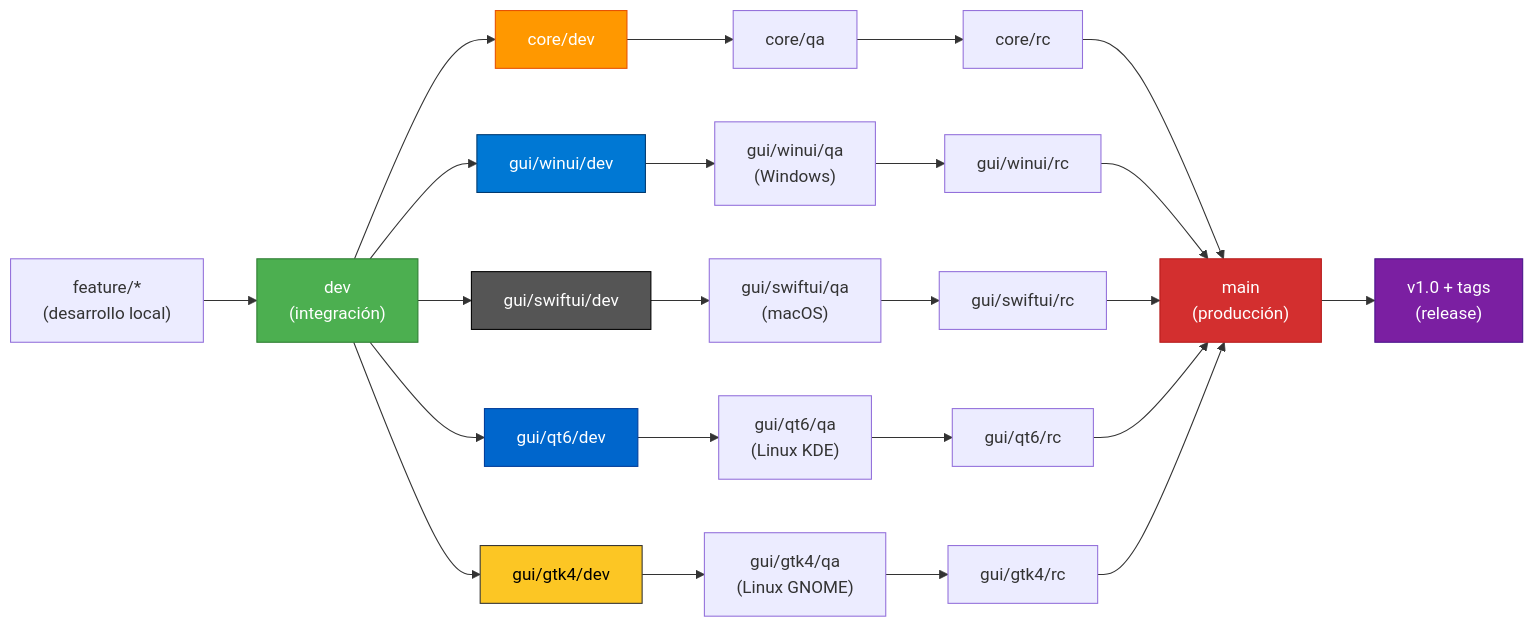
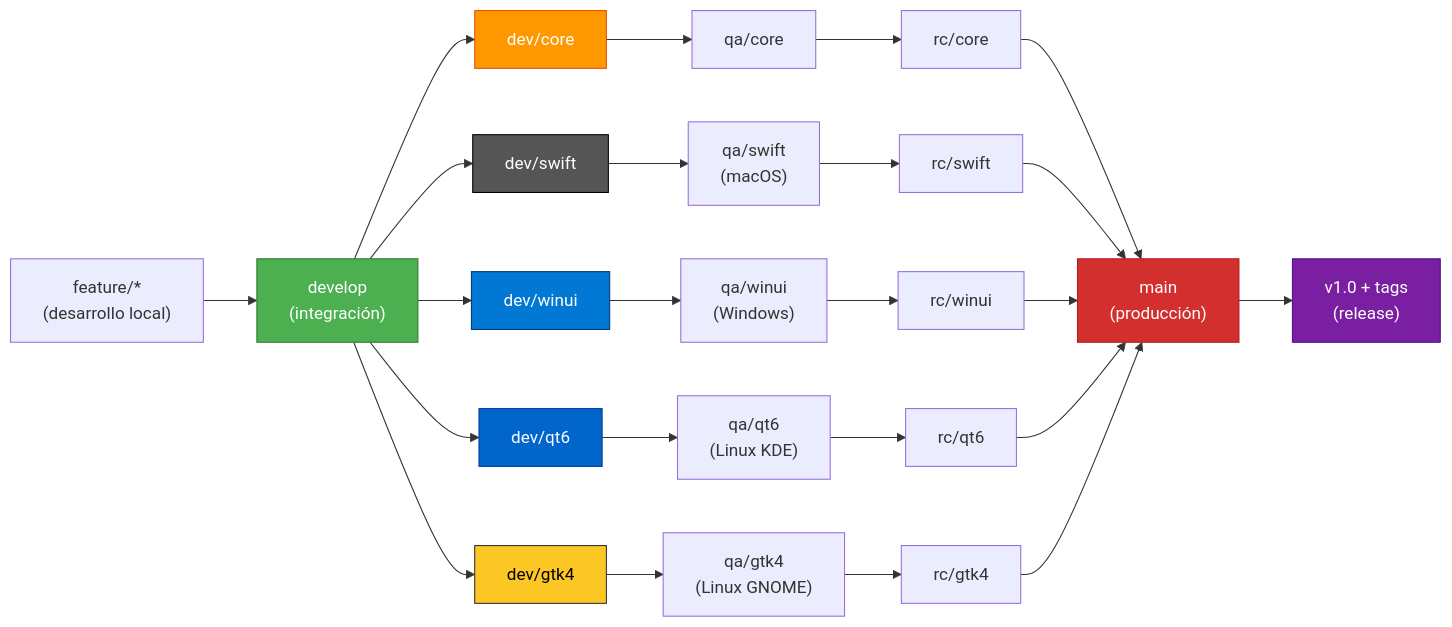
Before and after one commit to incognia/TextEditor: the first of 2 diagrams in docs/BRANCHING.md, drawn with Mermaid. The commit also changed other lines of this file, not shown here.

Commit message:
docs: update BRANCHING.md with develop/testing/release structure and fix markdown lint

````diff
--- a/docs/BRANCHING.md
+++ b/docs/BRANCHING.md
@@ -15,39 +22,39 @@
 ```mermaid
 graph LR
-    Feature["feature/*<br/>(desarrollo local)"] --> Dev["dev<br/>(integración)"]
+    Feature["feature/*<br/>(desarrollo local)"] --> Develop["develop<br/>(integración)"]
     
-    Dev --> CoreDev["core/dev"]
-    Dev --> WinDev["gui/winui/dev"]
-    Dev --> MacDev["gui/swiftui/dev"]
-    Dev --> QtDev["gui/qt6/dev"]
-    Dev --> GtkDev["gui/gtk4/dev"]
+    Develop --> DevCore["dev/core"]
+    Develop --> DevSwift["dev/swift"]
+    Develop --> DevWin["dev/winui"]
+    Develop --> DevQt["dev/qt6"]
+    Develop --> DevGtk["dev/gtk4"]
     
-    CoreDev --> CoreQA["core/qa"]
-    WinDev --> WinQA["gui/winui/qa<br/>(Windows)"]
-    MacDev --> MacQA["gui/swiftui/qa<br/>(macOS)"]
-    QtDev --> QtQA["gui/qt6/qa<br/>(Linux KDE)"]
-    GtkDev --> GtkQA["gui/gtk4/qa<br/>(Linux GNOME)"]
+    DevCore --> QACore["qa/core"]
+    DevSwift --> QASwift["qa/swift<br/>(macOS)"]
+    DevWin --> QAWin["qa/winui<br/>(Windows)"]
+    DevQt --> QAQt["qa/qt6<br/>(Linux KDE)"]
+    DevGtk --> QAGtk["qa/gtk4<br/>(Linux GNOME)"]
     
-    CoreQA --> CoreRC["core/rc"]
-    WinQA --> WinRC["gui/winui/rc"]
-    MacQA --> MacRC["gui/swiftui/rc"]
-    QtQA --> QtRC["gui/qt6/rc"]
-    GtkQA --> GtkRC["gui/gtk4/rc"]
+    QACore --> RCCore["rc/core"]
+    QASwift --> RCSwift["rc/swift"]
+    QAWin --> RCWin["rc/winui"]
+    QAQt --> RCQt["rc/qt6"]
+    QAGtk --> RCGtk["rc/gtk4"]
     
-    CoreRC --> Main["main<br/>(producción)"]
-    WinRC --> Main
-    MacRC --> Main
-    QtRC --> Main
-    GtkRC --> Main
+    RCCore --> Main["main<br/>(producción)"]
+    RCSwift --> Main
+    RCWin --> Main
+    RCQt --> Main
+    RCGtk --> Main
     
     Main --> Tag["v1.0 + tags<br/>(release)"]
     
-    style Dev fill:#4CAF50,stroke:#2E7D32,color:#fff
-    style CoreDev fill:#FF9800,stroke:#E65100,color:#fff
-    style WinDev fill:#0078D4,stroke:#003A70,color:#fff
-    style MacDev fill:#555,stroke:#000,color:#fff
-    style QtDev fill:#0066CC,stroke:#003D99,color:#fff
-    style GtkDev fill:#FCC624,stroke:#333,color:#000
+    style Develop fill:#4CAF50,stroke:#2E7D32,color:#fff
+    style DevCore fill:#FF9800,stroke:#E65100,color:#fff
+    style DevSwift fill:#555,stroke:#000,color:#fff
+    style DevWin fill:#0078D4,stroke:#003A70,color:#fff
+    style DevQt fill:#0066CC,stroke:#003D99,color:#fff
+    style DevGtk fill:#FCC624,stroke:#333,color:#000
     style Main fill:#D32F2F,stroke:#B71C1C,color:#fff
     style Tag fill:#7B1FA2,stroke:#4A148C,color:#fff
 ```
````
